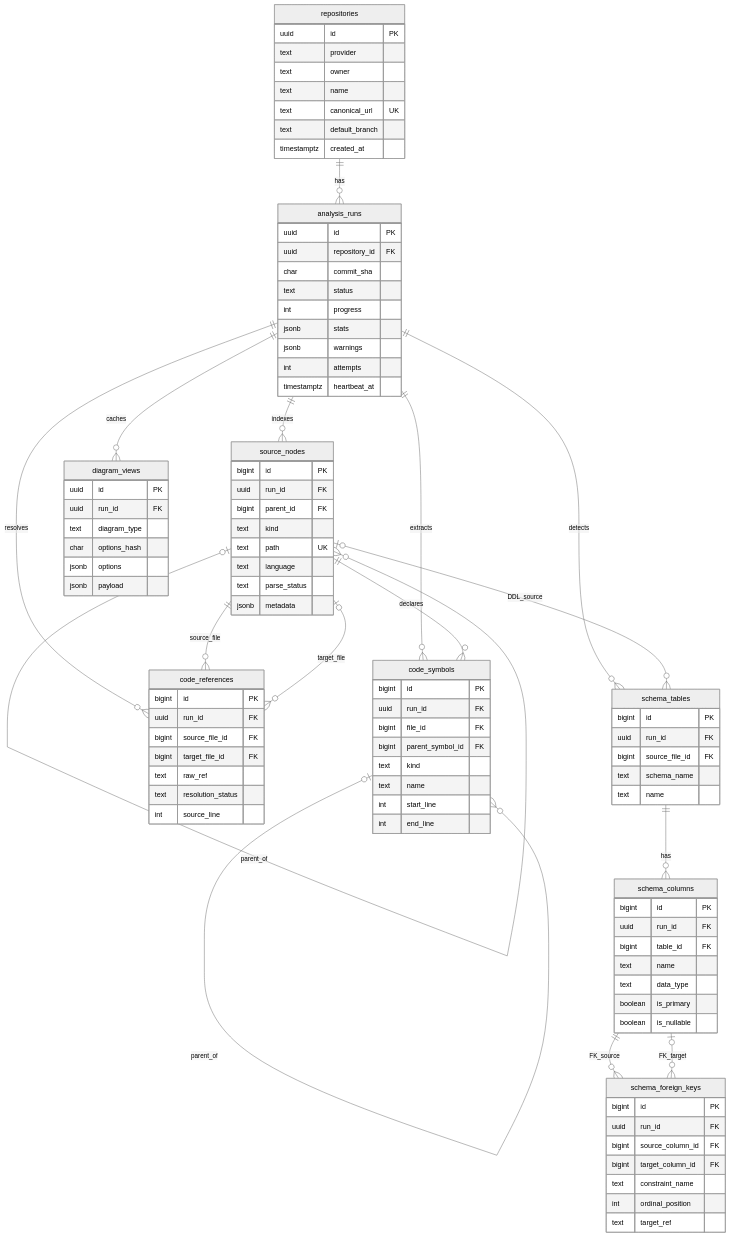
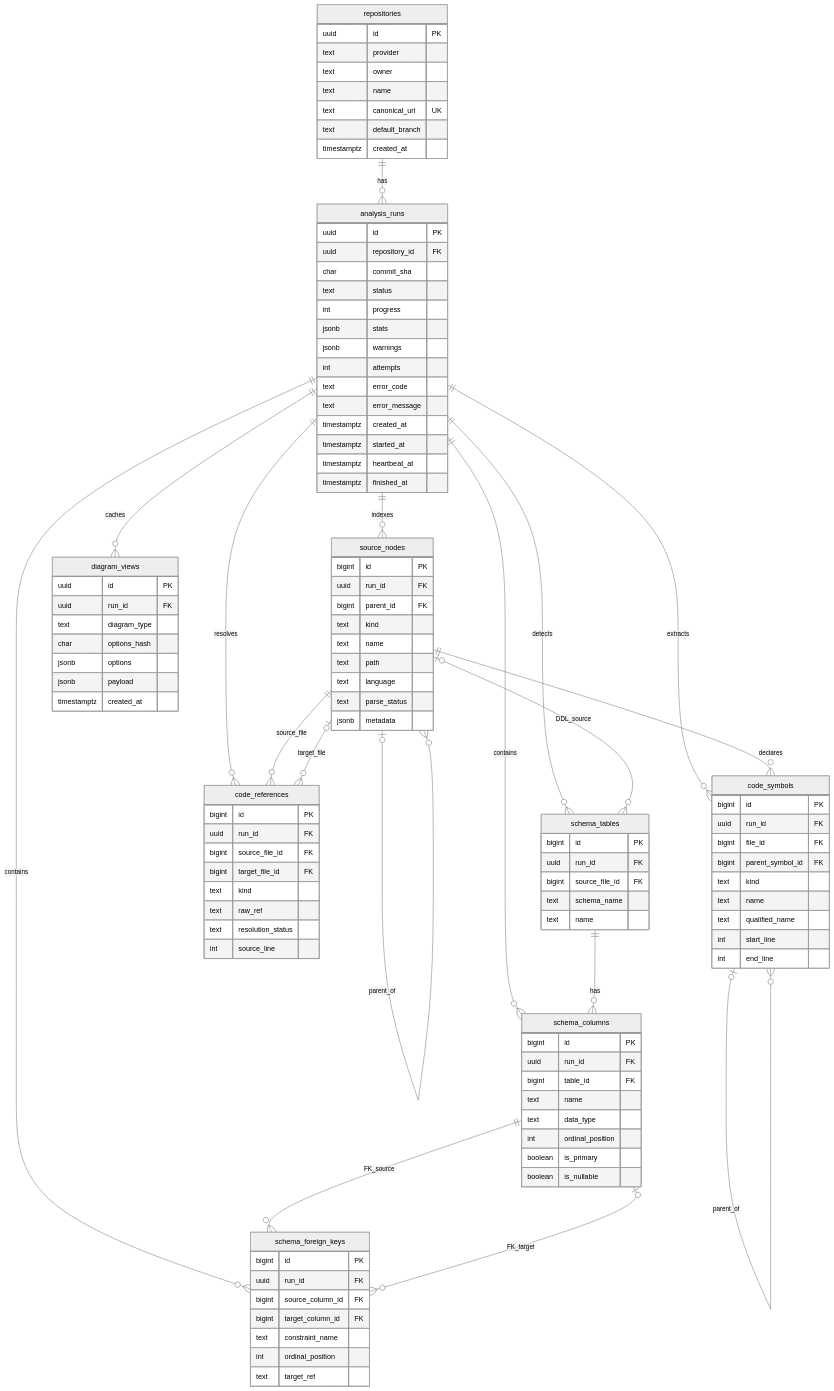
Before and after one commit to Toc-mentoring/RepoAtlas: the diagram in docs/ERD.md, drawn with Mermaid (neutral theme). The commit also changed other lines of this file, not shown here.

Commit message:
docs: 현재 table 구조에 맞게 ERD 수정

````diff
--- a/docs/ERD.md
+++ b/docs/ERD.md
@@ -16,6 +16,8 @@
     source_nodes ||--o{ code_references : "source_file"
     source_nodes o|--o{ code_references : "target_file"
     analysis_runs ||--o{ schema_tables : "detects"
+    analysis_runs ||--o{ schema_columns : "contains"
+    analysis_runs ||--o{ schema_foreign_keys : "contains"
     source_nodes o|--o{ schema_tables : "DDL_source"
     schema_tables ||--o{ schema_columns : "has"
     schema_columns ||--o{ schema_foreign_keys : "FK_source"
@@ -40,14 +42,20 @@
         jsonb stats
         jsonb warnings
         int attempts
+        text error_code
+        text error_message
+        timestamptz created_at
+        timestamptz started_at
         timestamptz heartbeat_at
+        timestamptz finished_at
     }
     source_nodes {
         bigint id PK
         uuid run_id FK
         bigint parent_id FK
         text kind
-        text path UK
+        text name
+        text path
         text language
         text parse_status
         jsonb metadata
@@ -59,6 +67,7 @@
         bigint parent_symbol_id FK
         text kind
         text name
+        text qualified_name
         int start_line
         int end_line
     }
@@ -67,6 +76,7 @@
         uuid run_id FK
         bigint source_file_id FK
         bigint target_file_id FK
+        text kind
         text raw_ref
         text resolution_status
         int source_line
@@ -84,6 +94,7 @@
         bigint table_id FK
         text name
         text data_type
+        int ordinal_position
         boolean is_primary
         boolean is_nullable
     }
@@ -103,5 +114,6 @@
         char options_hash
         jsonb options
         jsonb payload
+        timestamptz created_at
     }
 ```
````
